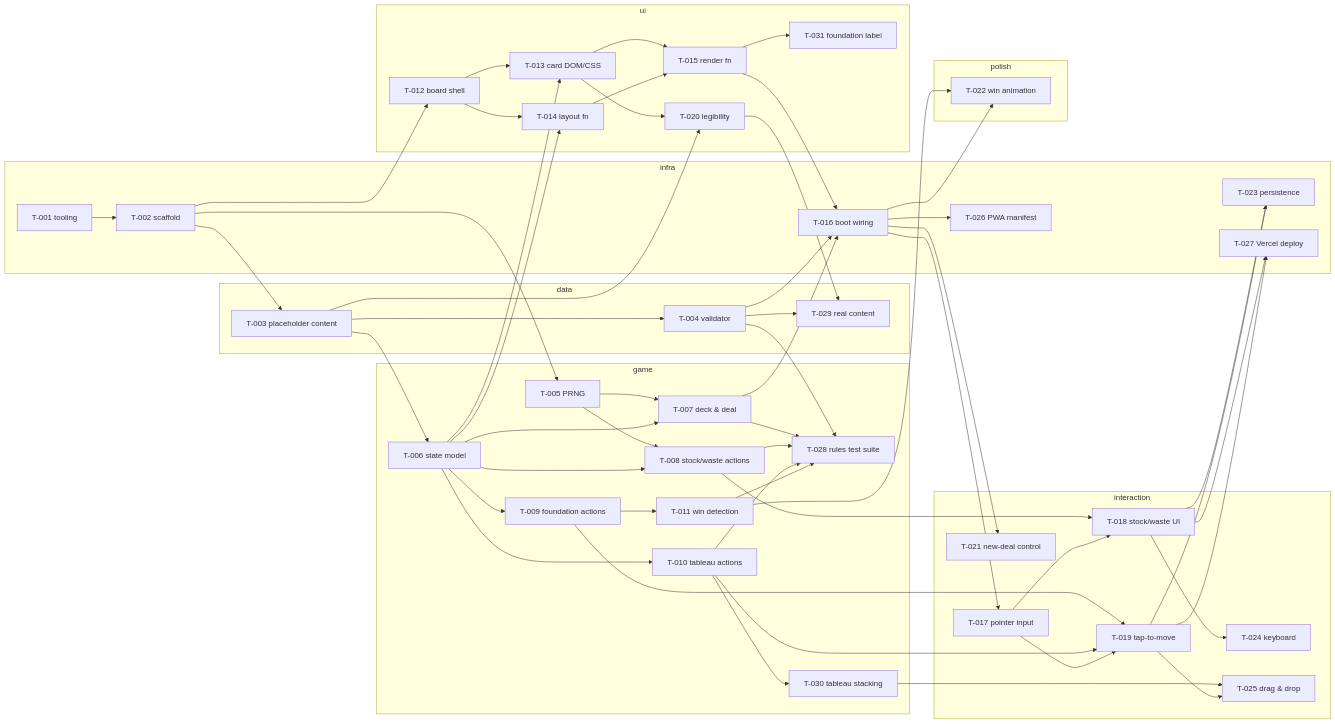
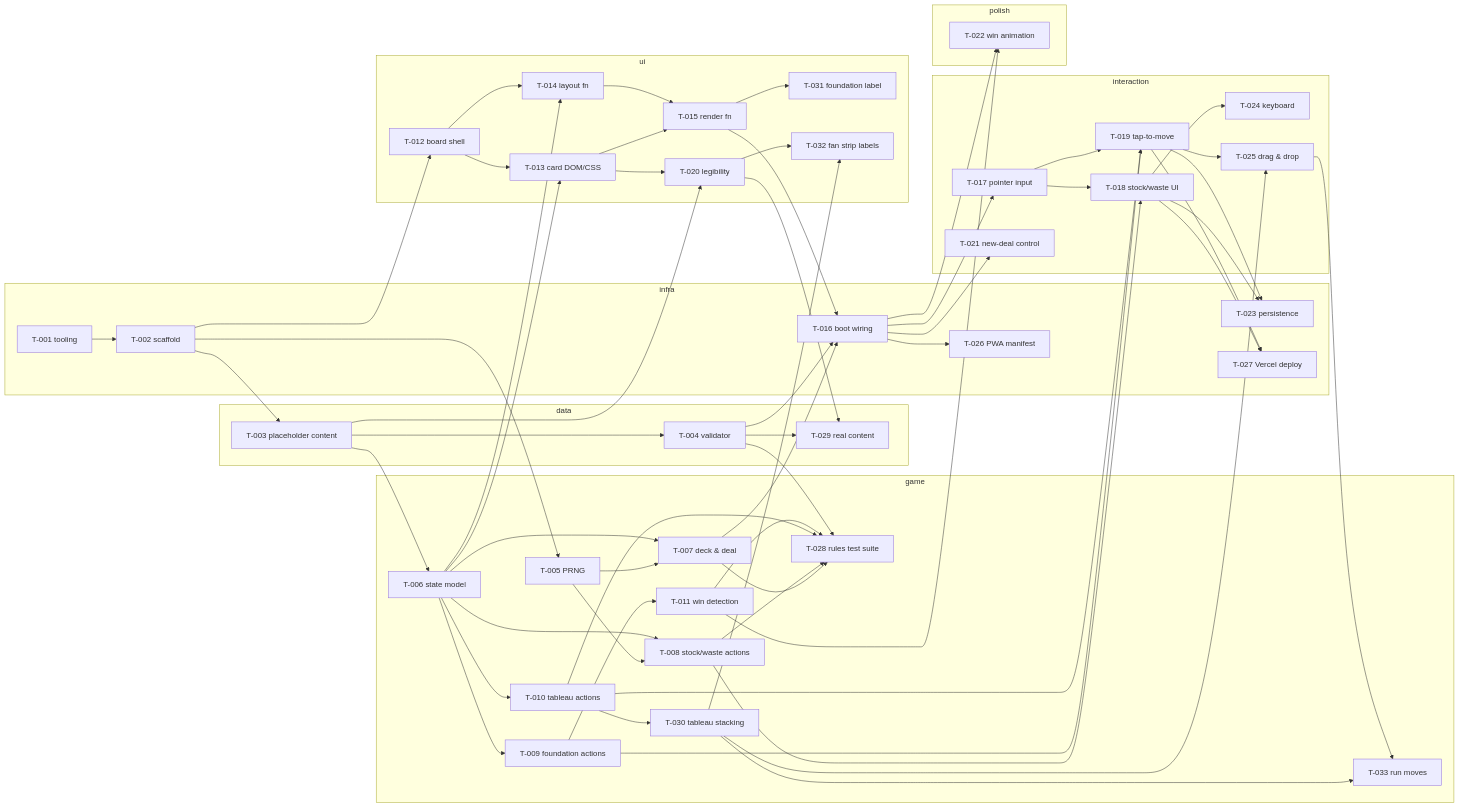
Before and after one commit to rainierraydan/word-solitaire-game: the diagram in backlog/README.md, drawn with Mermaid. The commit also changed other lines of this file and 2 other files, not shown here.

Commit message:
fix: show card words on fan strips and set touch-action on cards

```diff
--- a/backlog/README.md
+++ b/backlog/README.md
@@ -102,6 +104,7 @@
     T011[T-011 win detection]
     T028[T-028 rules test suite]
     T030[T-030 tableau stacking]
+    T033[T-033 run moves]
   end
   subgraph ui
     T012[T-012 board shell]
@@ -110,6 +113,7 @@
     T015[T-015 render fn]
     T020[T-020 legibility]
     T031[T-031 foundation label]
+    T032[T-032 fan strip labels]
   end
   subgraph interaction
     T017[T-017 pointer input]
@@ -150,6 +154,10 @@
   T010 --> T019
   T010 --> T030
   T030 --> T025
+  T030 --> T032
+  T030 --> T033
+  T025 --> T033
+  T020 --> T032
   T010 --> T028
   T011 --> T022
   T011 --> T028
```
